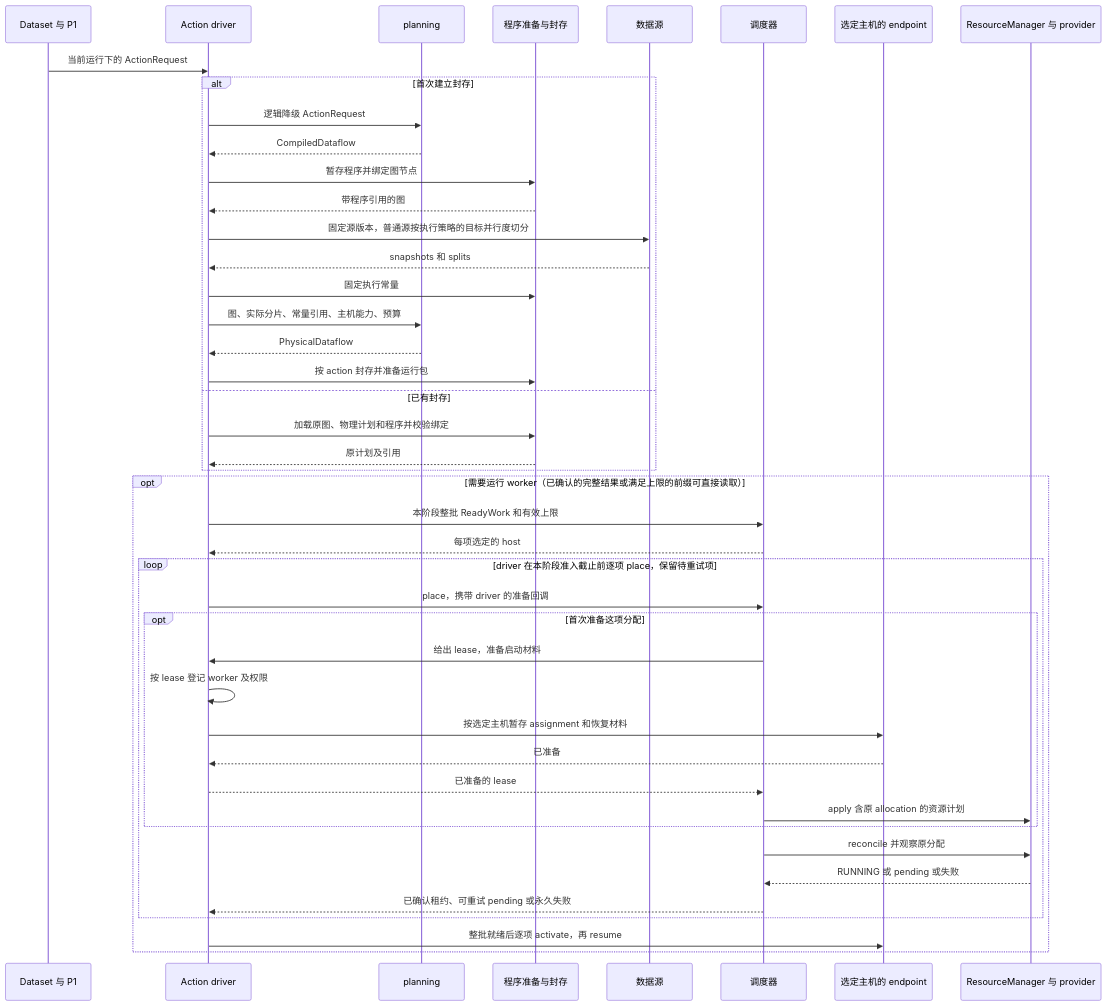
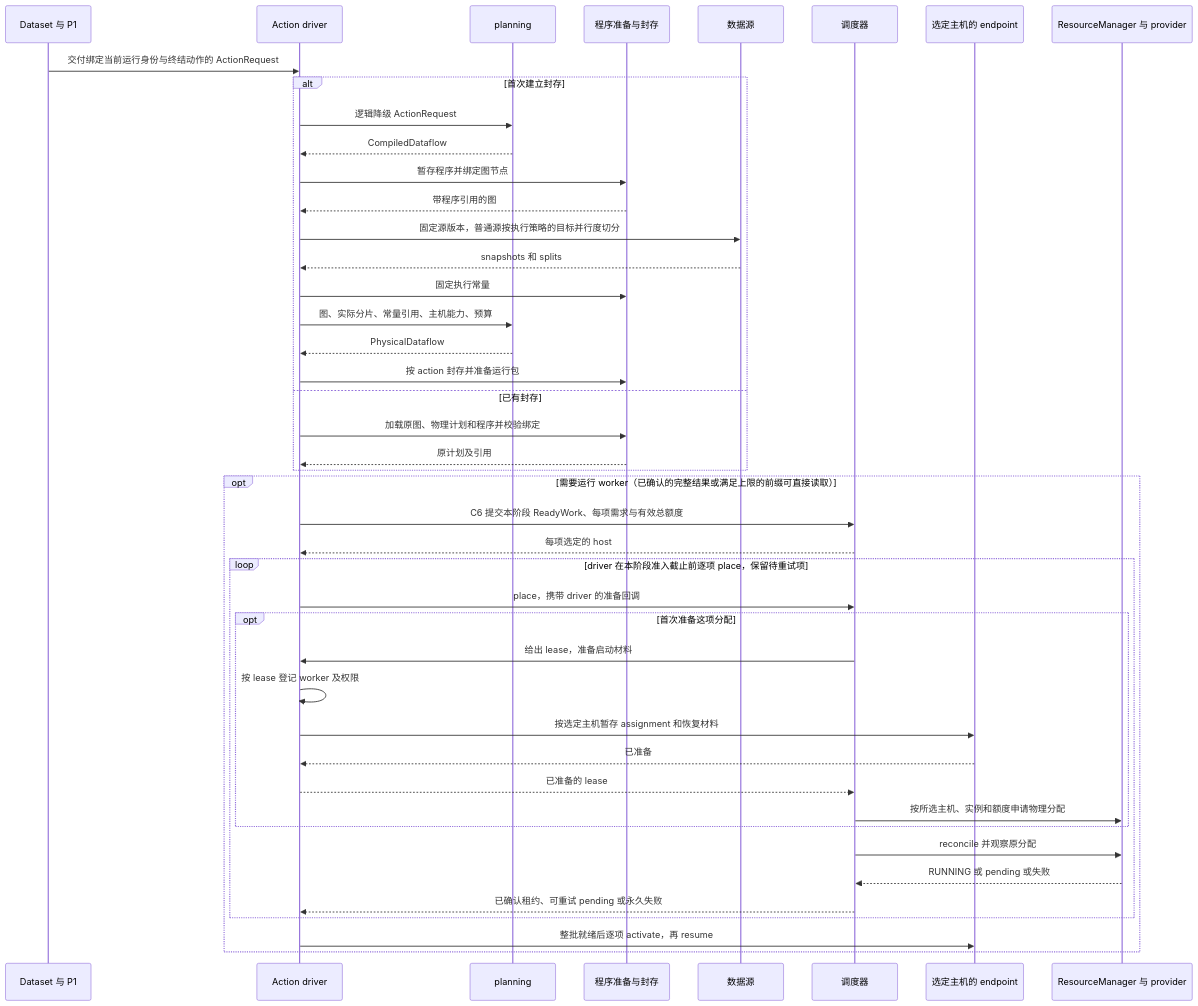
Before and after one commit to vincent9299/demiflow: diagram 12 of 14 in docs/demiflow-architecture.md, drawn with Mermaid. The commit also changed other lines of this file, not shown here.

Commit message:
Put inter-module contracts on sequence diagram messages

````diff
--- a/docs/demiflow-architecture.md
+++ b/docs/demiflow-architecture.md
@@ -469,46 +478,46 @@
 ```mermaid
 sequenceDiagram
     participant A as Dataset 与 P1
     participant D as Action driver
     participant P as planning
     participant F as 程序准备与封存
     participant S as 数据源
     participant Q as 调度器
     participant H as 选定主机的 endpoint
     participant R as ResourceManager 与 provider
-    A->>D: 当前运行下的 ActionRequest
+    A->>D: 交付绑定当前运行身份与终结动作的 ActionRequest
     alt 首次建立封存
         D->>P: 逻辑降级 ActionRequest
         P-->>D: CompiledDataflow
         D->>F: 暂存程序并绑定图节点
         F-->>D: 带程序引用的图
         D->>S: 固定源版本，普通源按执行策略的目标并行度切分
         S-->>D: snapshots 和 splits
         D->>F: 固定执行常量
         D->>P: 图、实际分片、常量引用、主机能力、预算
         P-->>D: PhysicalDataflow
         D->>F: 按 action 封存并准备运行包
     else 已有封存
         D->>F: 加载原图、物理计划和程序并校验绑定
         F-->>D: 原计划及引用
     end
     opt 需要运行 worker（已确认的完整结果或满足上限的前缀可直接读取）
-        D->>Q: 本阶段整批 ReadyWork 和有效上限
+        D->>Q: C6 提交本阶段 ReadyWork、每项需求与有效总额度
         Q-->>D: 每项选定的 host
         loop driver 在本阶段准入截止前逐项 place，保留待重试项
             D->>Q: place，携带 driver 的准备回调
             opt 首次准备这项分配
                 Q->>D: 给出 lease，准备启动材料
                 D->>D: 按 lease 登记 worker 及权限
                 D->>H: 按选定主机暂存 assignment 和恢复材料
                 H-->>D: 已准备
                 D-->>Q: 已准备的 lease
-                Q->>R: apply 含原 allocation 的资源计划
+                Q->>R: 按所选主机、实例和额度申请物理分配
             end
             Q->>R: reconcile 并观察原分配
             R-->>Q: RUNNING 或 pending 或失败
             Q-->>D: 已确认租约、可重试 pending 或永久失败
         end
         D->>H: 整批就绪后逐项 activate，再 resume
     end
 ```
````
